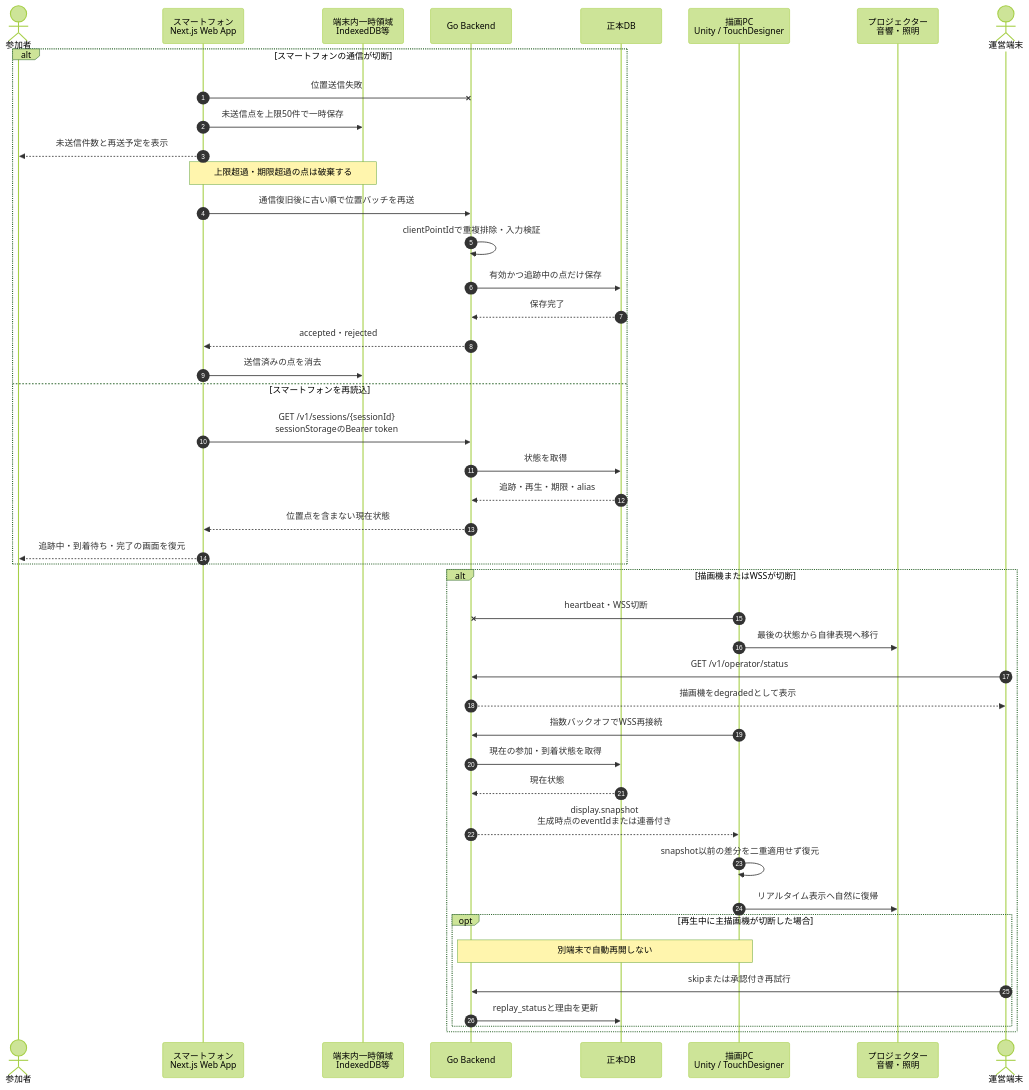
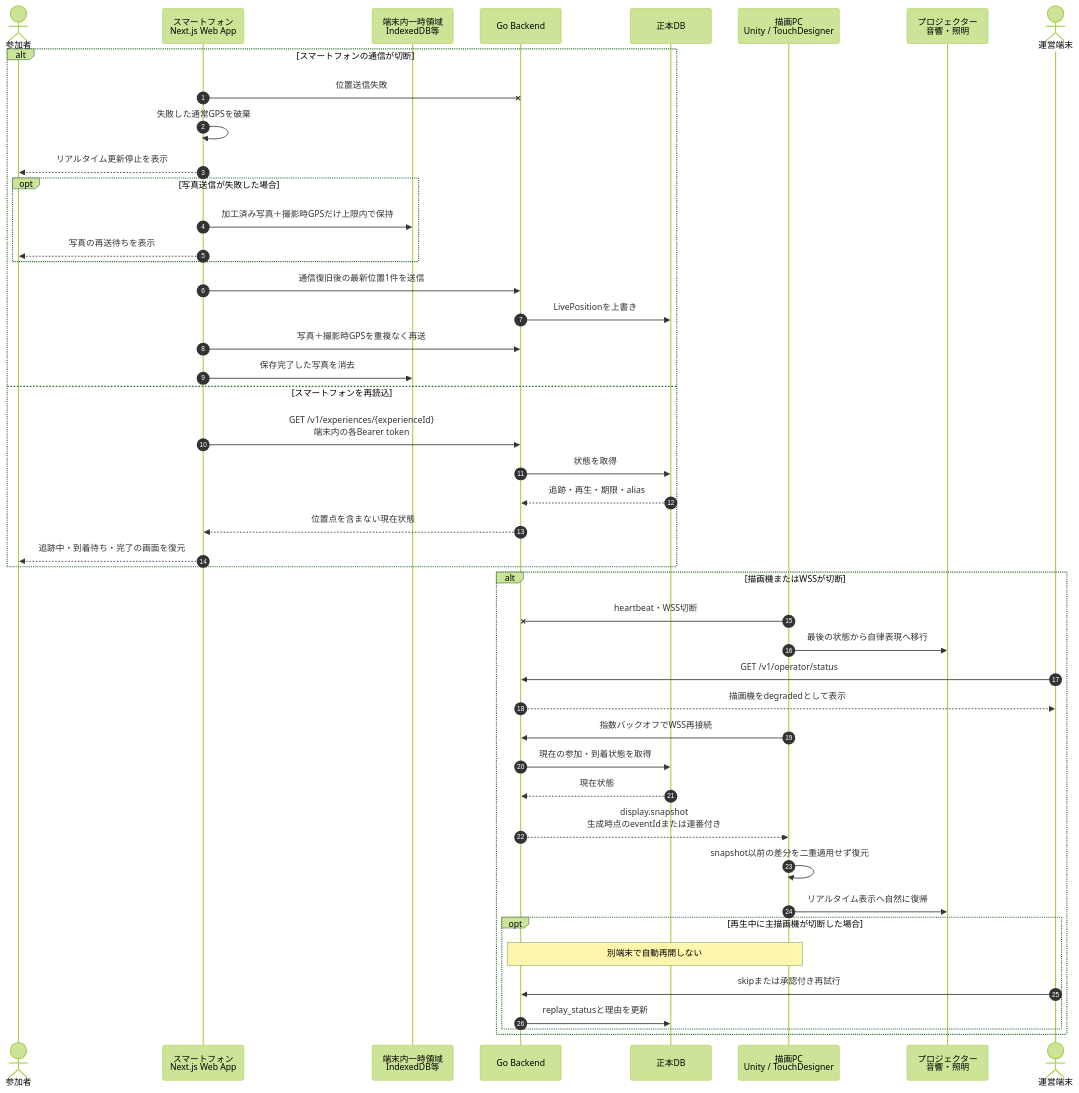
One commit to Mino829/trace-campus-installation changed the sixth of 6 diagrams in docs/uml-diagrams.md. Above: the diagram before and after it, drawn with Mermaid (forest theme). The commit also changed other lines of this file and 17 other files, not shown here.

````diff
--- a/docs/uml-diagrams.md
+++ b/docs/uml-diagrams.md
@@ -350,49 +355,50 @@
 ```mermaid
 sequenceDiagram
     autonumber
     actor User as 参加者
     participant Browser as スマートフォン<br/>Next.js Web App
     participant Local as 端末内一時領域<br/>IndexedDB等
     participant API as Go Backend
     participant DB as 正本DB
     participant Renderer as 描画PC<br/>Unity / TouchDesigner
     participant Output as プロジェクター<br/>音響・照明
     actor Operator as 運営端末
 
     alt スマートフォンの通信が切断
         Browser-xAPI: 位置送信失敗
-        Browser->>Local: 未送信点を上限50件で一時保存
-        Browser-->>User: 未送信件数と再送予定を表示
-        Note over Browser,Local: 上限超過・期限超過の点は破棄する
-        Browser->>API: 通信復旧後に古い順で位置バッチを再送
-        API->>API: clientPointIdで重複排除・入力検証
-        API->>DB: 有効かつ追跡中の点だけ保存
-        DB-->>API: 保存完了
-        API-->>Browser: accepted・rejected
-        Browser->>Local: 送信済みの点を消去
+        Browser->>Browser: 失敗した通常GPSを破棄
+        Browser-->>User: リアルタイム更新停止を表示
+        opt 写真送信が失敗した場合
+            Browser->>Local: 加工済み写真＋撮影時GPSだけ上限内で保持
+            Browser-->>User: 写真の再送待ちを表示
+        end
+        Browser->>API: 通信復旧後の最新位置1件を送信
+        API->>DB: LivePositionを上書き
+        Browser->>API: 写真＋撮影時GPSを重複なく再送
+        Browser->>Local: 保存完了した写真を消去
     else スマートフォンを再読込
-        Browser->>API: GET /v1/sessions/{sessionId}<br/>sessionStorageのBearer token
+        Browser->>API: GET /v1/experiences/{experienceId}<br/>端末内の各Bearer token
         API->>DB: 状態を取得
         DB-->>API: 追跡・再生・期限・alias
         API-->>Browser: 位置点を含まない現在状態
         Browser-->>User: 追跡中・到着待ち・完了の画面を復元
     end
 
     alt 描画機またはWSSが切断
         Renderer-xAPI: heartbeat・WSS切断
         Renderer->>Output: 最後の状態から自律表現へ移行
         Operator->>API: GET /v1/operator/status
         API-->>Operator: 描画機をdegradedとして表示
         Renderer->>API: 指数バックオフでWSS再接続
         API->>DB: 現在の参加・到着状態を取得
         DB-->>API: 現在状態
         API-->>Renderer: display.snapshot<br/>生成時点のeventIdまたは連番付き
         Renderer->>Renderer: snapshot以前の差分を二重適用せず復元
         Renderer->>Output: リアルタイム表示へ自然に復帰
         opt 再生中に主描画機が切断した場合
             Note over API,Renderer: 別端末で自動再開しない
             Operator->>API: skipまたは承認付き再試行
             API->>DB: replay_statusと理由を更新
         end
     end
 ```
````
